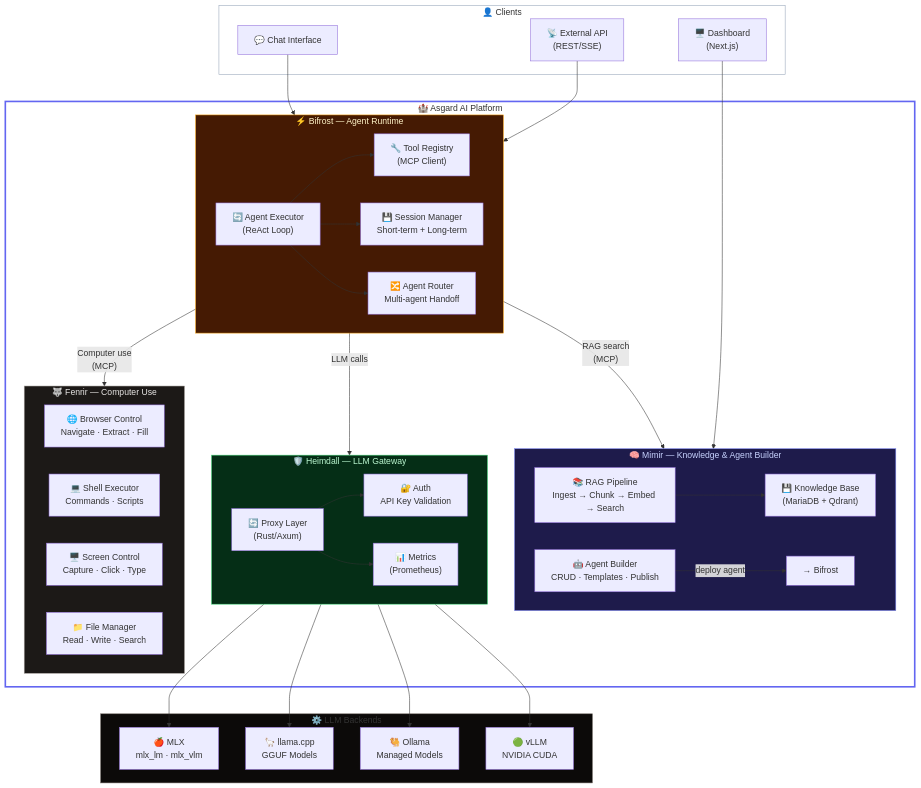
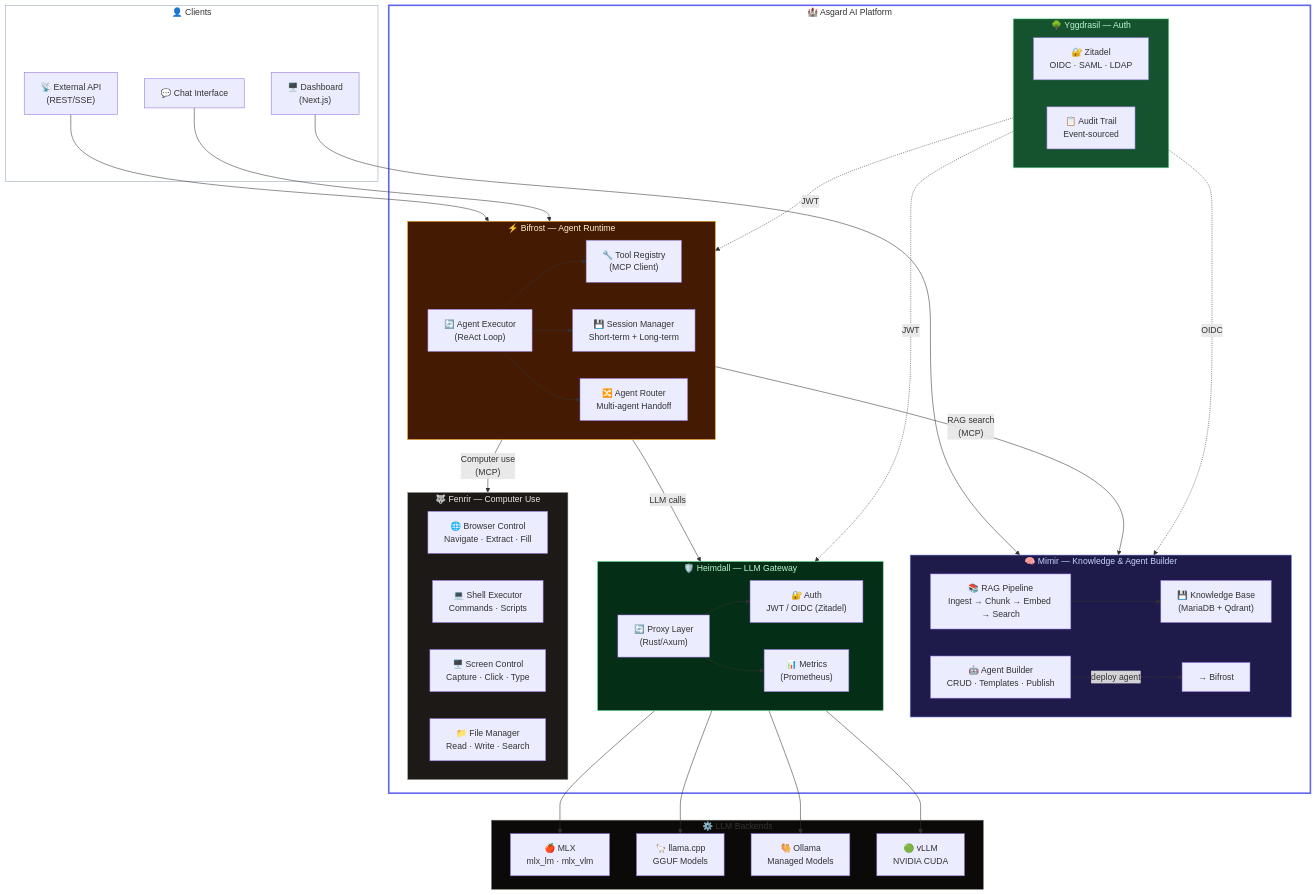
One commit to MegaWiz-Dev-Team/Asgard changed the first of 7 diagrams in docs/architecture.md. Above: the diagram before and after it, drawn with Mermaid. The commit also changed other lines of this file and 12 other files, not shown here.

````diff
--- a/docs/architecture.md
+++ b/docs/architecture.md
@@ -7,72 +7,82 @@
 ```mermaid
 graph TB
     subgraph client["👤 Clients"]
         Dashboard["🖥️ Dashboard<br/>(Next.js)"]
         API["📡 External API<br/>(REST/SSE)"]
         Chat["💬 Chat Interface"]
     end
 
     subgraph asgard["🏰 Asgard AI Platform"]
 
         subgraph mimir["🧠 Mimir — Knowledge & Agent Builder"]
             RAG["📚 RAG Pipeline<br/>Ingest → Chunk → Embed → Search"]
             AgentBuilder["🤖 Agent Builder<br/>CRUD · Templates · Publish"]
             KB["💾 Knowledge Base<br/>(MariaDB + Qdrant)"]
             RAG --> KB
             AgentBuilder --> |"deploy agent"| BifrostLink["→ Bifrost"]
         end
 
         subgraph bifrost["⚡ Bifrost — Agent Runtime"]
             Executor["🔄 Agent Executor<br/>(ReAct Loop)"]
             Tools["🔧 Tool Registry<br/>(MCP Client)"]
             Sessions["💾 Session Manager<br/>Short-term + Long-term"]
             Router["🔀 Agent Router<br/>Multi-agent Handoff"]
             Executor --> Tools
             Executor --> Sessions
             Executor --> Router
         end
 
         subgraph heimdall["🛡️ Heimdall — LLM Gateway"]
             Proxy["🔄 Proxy Layer<br/>(Rust/Axum)"]
-            Auth["🔐 Auth<br/>API Key Validation"]
+            Auth["🔐 Auth<br/>JWT / OIDC (Zitadel)"]
             Metrics["📊 Metrics<br/>(Prometheus)"]
             Proxy --> Auth
             Proxy --> Metrics
         end
 
         subgraph fenrir["🐺 Fenrir — Computer Use"]
             Browser["🌐 Browser Control<br/>Navigate · Extract · Fill"]
             Shell["💻 Shell Executor<br/>Commands · Scripts"]
             Screen["🖥️ Screen Control<br/>Capture · Click · Type"]
             Files["📁 File Manager<br/>Read · Write · Search"]
+        end
+
+        subgraph yggdrasil["🌳 Yggdrasil — Auth"]
+            Zitadel["🔐 Zitadel<br/>OIDC · SAML · LDAP"]
+            AuditLog["📋 Audit Trail<br/>Event-sourced"]
         end
     end
 
     subgraph backends["⚙️ LLM Backends"]
         MLX["🍎 MLX<br/>mlx_lm · mlx_vlm"]
         Llama["🦙 llama.cpp<br/>GGUF Models"]
         Ollama["🐫 Ollama<br/>Managed Models"]
         VLLM["🟢 vLLM<br/>NVIDIA CUDA"]
     end
 
     Dashboard --> mimir
     API --> bifrost
     Chat --> bifrost
 
     bifrost --> |"LLM calls"| heimdall
     bifrost --> |"RAG search<br/>(MCP)"| mimir
     bifrost --> |"Computer use<br/>(MCP)"| fenrir
 
     heimdall --> MLX
     heimdall --> Llama
     heimdall --> Ollama
     heimdall --> VLLM
 
+    yggdrasil -.-> |"JWT"| heimdall
+    yggdrasil -.-> |"OIDC"| mimir
+    yggdrasil -.-> |"JWT"| bifrost
+
     style asgard fill:transparent,stroke:#6366f1,stroke-width:3px
     style mimir fill:#1e1b4b,stroke:#818cf8,color:#c7d2fe
     style bifrost fill:#451a03,stroke:#f59e0b,color:#fef3c7
     style heimdall fill:#052e16,stroke:#4ade80,color:#bbf7d0
     style fenrir fill:#1c1917,stroke:#a8a29e,color:#e7e5e4
+    style yggdrasil fill:#14532d,stroke:#86efac,color:#bbf7d0
     style backends fill:#0c0a09,stroke:#78716c
     style client fill:transparent,stroke:#94a3b8
 ```
````
